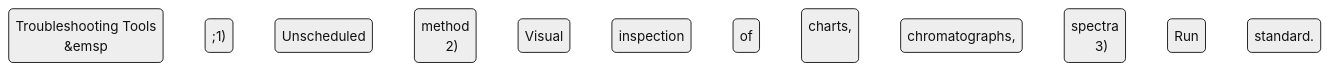
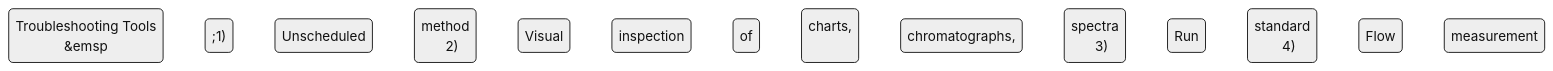
Before and after one commit to lennyleadership/FenXiHuaXue_handbook: the second of 2 diagrams in content/docs/01 Mass Spec LC-MS/Part 05 Troubleshooting/01_Troubleshooting_strategy.md, drawn with Mermaid (neutral theme). The commit also changed other lines of this file and 25 other files, not shown here.

```diff
--- a/content/docs/01 Mass Spec LC-MS/Part 05 Troubleshooting/01_Troubleshooting_strategy.md
+++ b/content/docs/01 Mass Spec LC-MS/Part 05 Troubleshooting/01_Troubleshooting_strategy.md
@@ -48,4 +48,4 @@
 {{< mermaid >}}
 stateDiagram-v2
-State1: Troubleshooting Tools <br>&emsp;1) Unscheduled method<br>&emsp;2) Visual inspection of charts,<br>&emsp;&emsp; chromatographs, spectra<br>&emsp;3) Run standard.
+State1: Troubleshooting Tools <br>&emsp;1) Unscheduled method<br>&emsp;2) Visual inspection of charts,<br>&emsp;&emsp; chromatographs, spectra<br>&emsp;3) Run standard<br>&emsp;4) Flow measurement
 {{< /mermaid >}}
```
